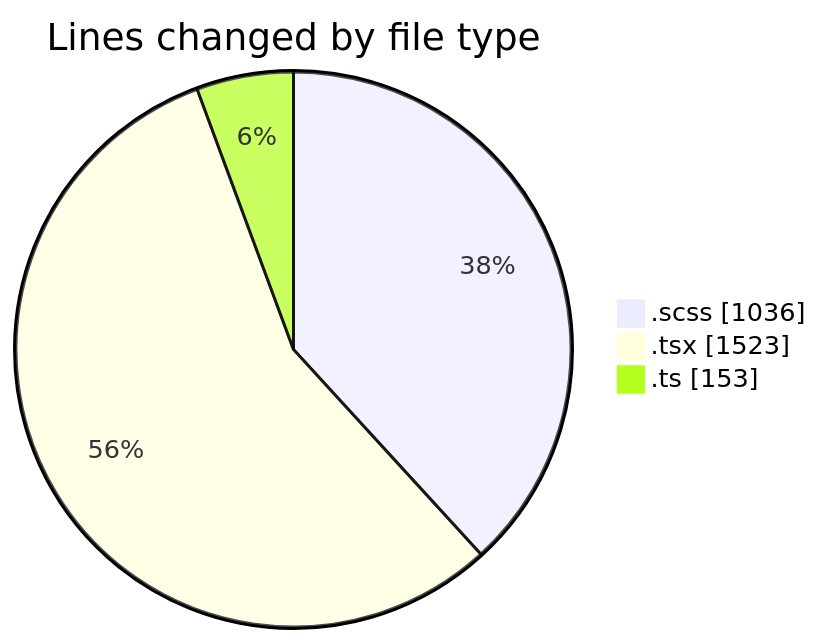
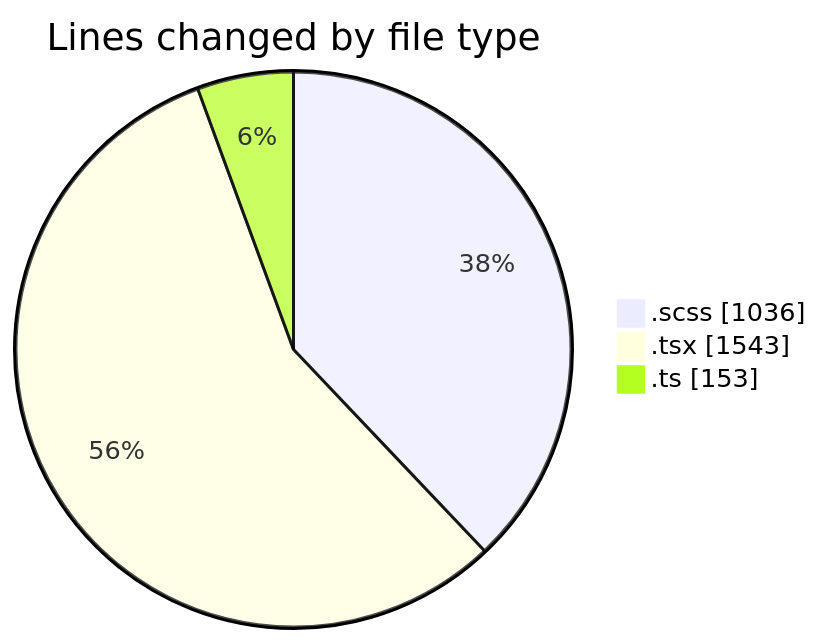
Before and after one commit to momahboobian/code-tracking: the first of 2 diagrams in 2025-03-28/cda/README.md, drawn with Mermaid. The commit also changed other lines of this file and 1 other file, not shown here.

````diff
--- a/2025-03-28/cda/README.md
+++ b/2025-03-28/cda/README.md
@@ -27,7 +27,7 @@
 ```mermaid
 pie showData
 title Lines changed by file type
 ".scss" : 1036
-".tsx" : 1523
+".tsx" : 1543
 ".ts" : 153
 ```
````
